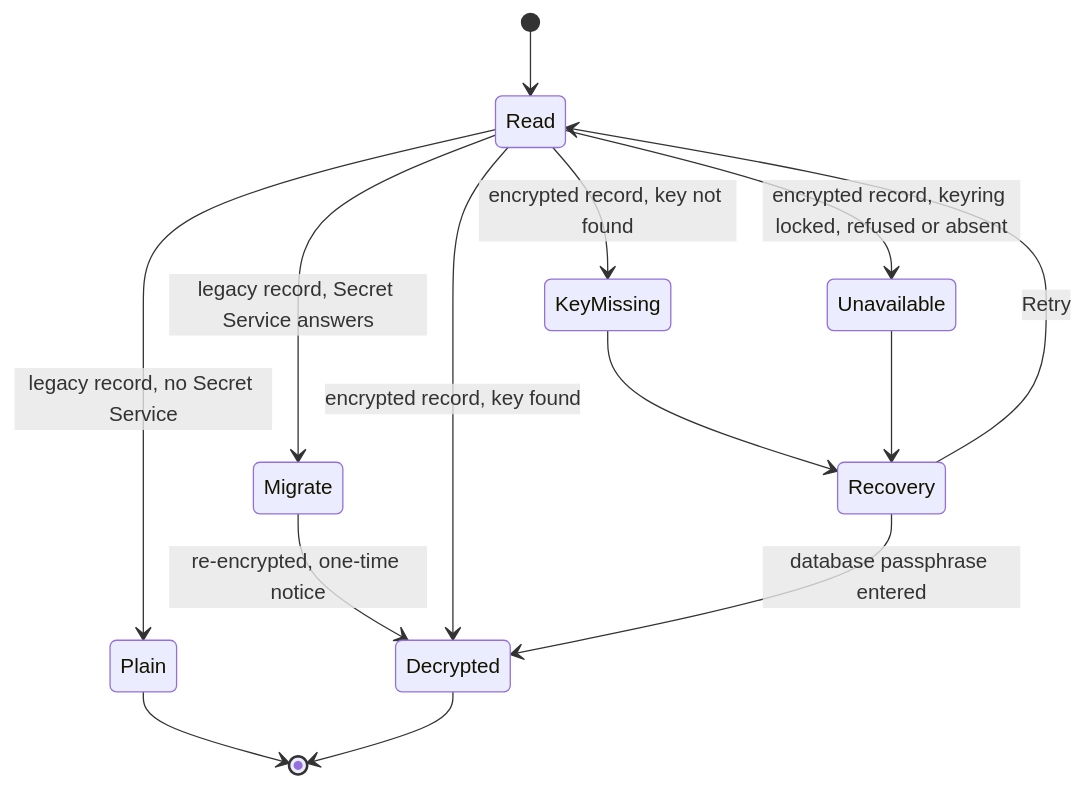
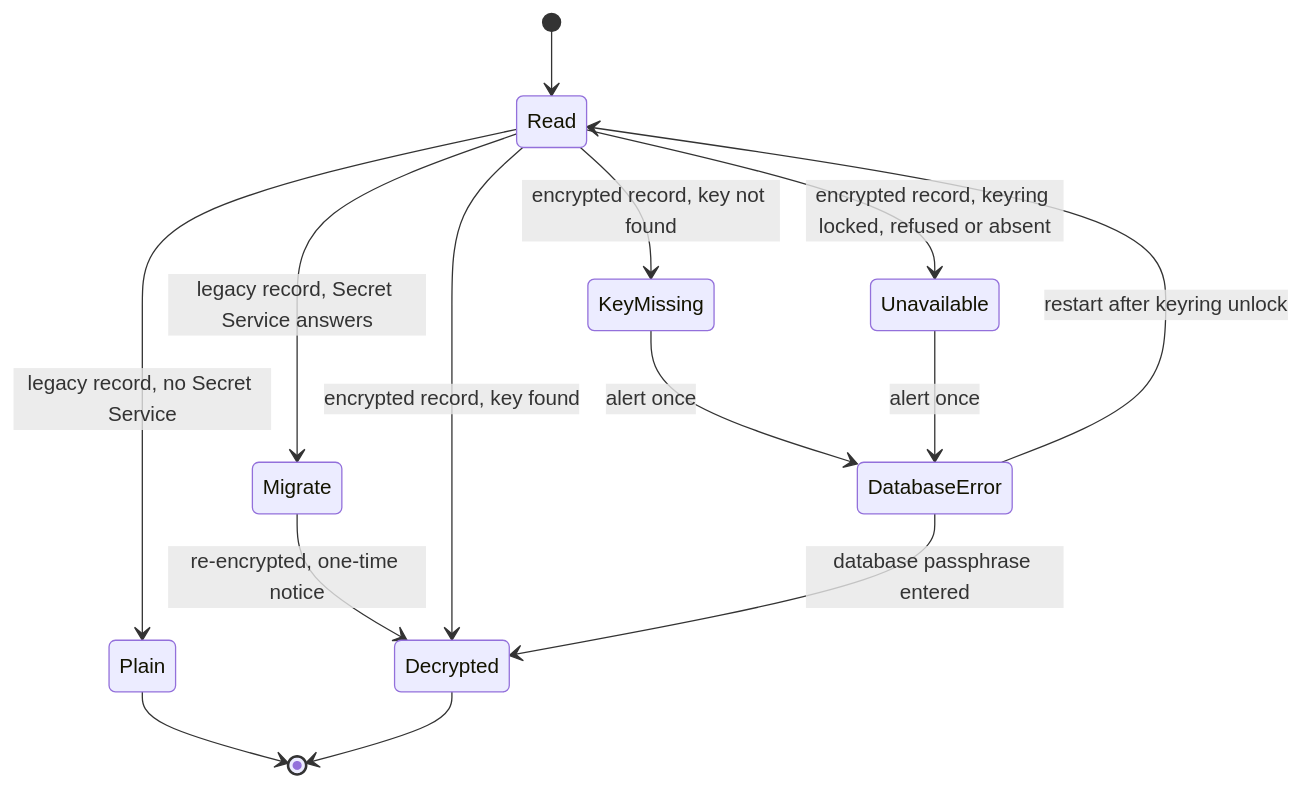
Before and after one commit to simplex-chat/simplex-chat: the eighth of 11 diagrams in plans/2026-11-19-linux-desktop.md, drawn with Mermaid. The commit also changed other lines of this file, not shown here.

Commit message:
plans: tray, dark mode and keyring as implemented

````diff
--- a/plans/2026-11-19-linux-desktop.md
+++ b/plans/2026-11-19-linux-desktop.md
@@ -348,16 +354,16 @@
 ```mermaid
 stateDiagram-v2
   [*] --> Read
   Read --> Plain: legacy record, no Secret Service
   Read --> Migrate: legacy record, Secret Service answers
   Migrate --> Decrypted: re-encrypted, one-time notice
   Read --> Decrypted: encrypted record, key found
   Read --> KeyMissing: encrypted record, key not found
   Read --> Unavailable: encrypted record, keyring locked, refused or absent
-  KeyMissing --> Recovery
-  Unavailable --> Recovery
-  Recovery --> Read: Retry
-  Recovery --> Decrypted: database passphrase entered
+  KeyMissing --> DatabaseError: alert once
+  Unavailable --> DatabaseError: alert once
+  DatabaseError --> Decrypted: database passphrase entered
+  DatabaseError --> Read: restart after keyring unlock
   Plain --> [*]
   Decrypted --> [*]
 ```
````
